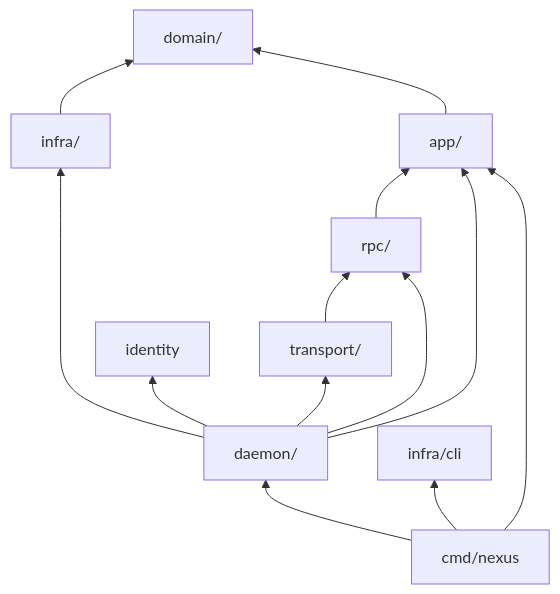
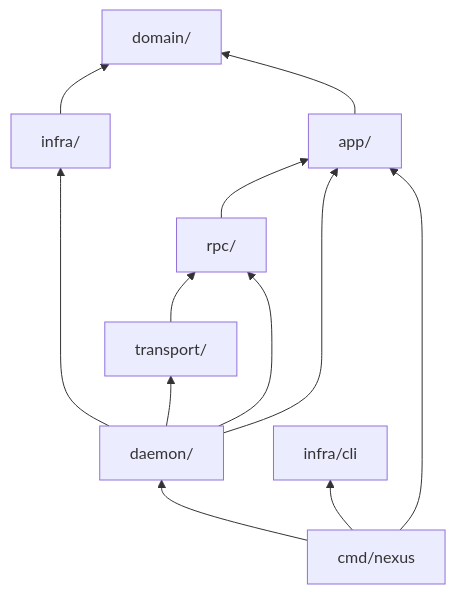
Before and after one commit to oursky/nexus: the fourth of 5 diagrams in ARCHITECTURE.md, drawn with Mermaid. The commit also changed other lines of this file and 7 other files, not shown here.

````diff
--- a/ARCHITECTURE.md
+++ b/ARCHITECTURE.md
@@ -139,23 +134,22 @@
 ```mermaid
 graph BT
     domain["domain/"]
     infra["infra/"]
     app["app/"]
     rpc["rpc/"]
     transport["transport/"]
     daemon["daemon/"]
     cmd["cmd/nexus"]
 
     infra --> domain
     app --> domain
     rpc --> app
     transport --> rpc
     daemon --> infra
     daemon --> app
     daemon --> rpc
     daemon --> transport
-    daemon --> identity
     cmd --> daemon
     cmd --> app
     cmd --> infra/cli
 ```
````
